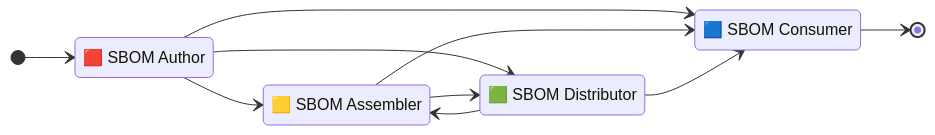
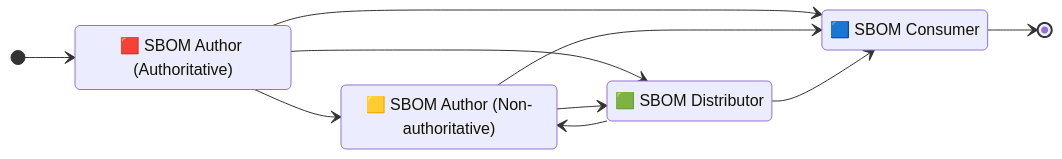
Before and after one commit to CPAN-Security/security.metacpan.org: the first of 3 diagrams in docs/supplychain-sbom.md, drawn with Mermaid. The commit also changed other lines of this file and 1 other file, not shown here.

Commit message:
Rename 'Archivist' to 'Containerizer' (oof). Add a few more TODOs. Tone down the 'SBOM Assembler' role, and instead focus on Authoritiative and non-authoritiative SBOM Authorship

````diff
--- a/docs/supplychain-sbom.md
+++ b/docs/supplychain-sbom.md
@@ -56,20 +53,20 @@
 ```mermaid
 stateDiagram-v2
     direction LR
 
-    state "🟥 SBOM Author" as sbom_author
-    state "🟨 SBOM Assembler" as sbom_assembler
+    state "🟥 SBOM Author (Authoritative)" as sbom_author
+    state "🟨 SBOM Author (Non-authoritative)" as sbom_assembler
     state "🟩 SBOM Distributor" as sbom_distributor
     state "🟦 SBOM Consumer" as sbom_consumer
 
     [*] --> sbom_author
     sbom_author --> sbom_assembler
     sbom_author --> sbom_consumer
     sbom_author --> sbom_distributor
     sbom_assembler --> sbom_distributor
     sbom_assembler --> sbom_consumer
     sbom_distributor --> sbom_assembler
     sbom_distributor --> sbom_consumer
     sbom_consumer --> [*]
 
 ```
````
